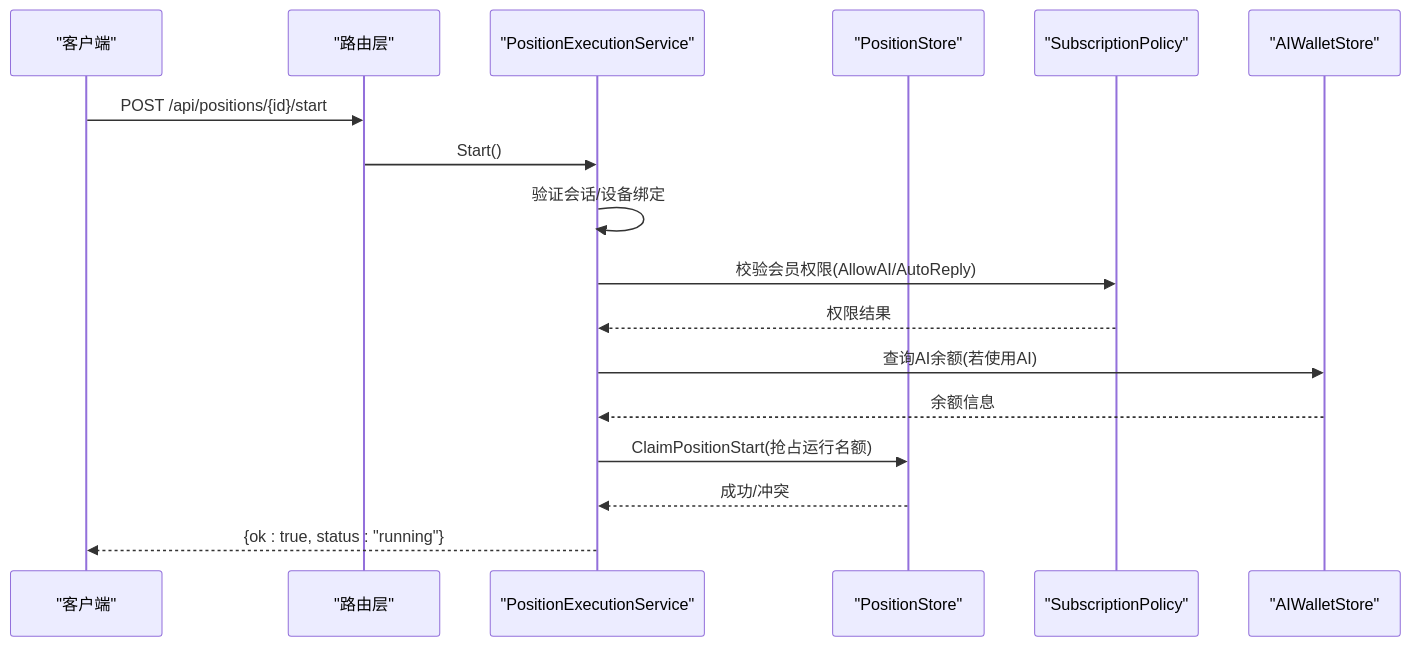
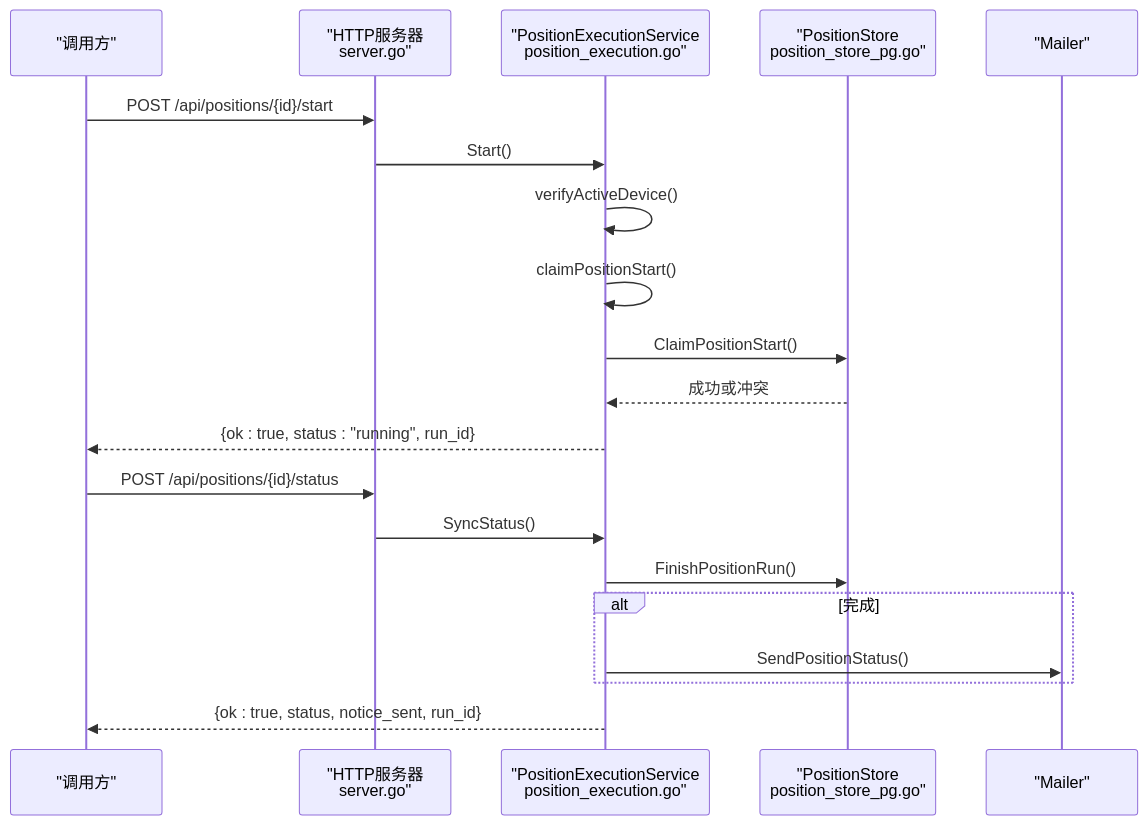
The third of 9 diagrams in .qoder/repowiki/zh/content/API接口文档/云端REST API/岗位管理API/岗位执行控制接口.md (alvinwangzi/goodhr), drawn with Mermaid before and after one commit. The commit also changed other lines of this file and 149 other files, not shown here.

````diff
--- a/.qoder/repowiki/zh/content/API接口文档/云端REST API/岗位管理API/岗位执行控制接口.md
+++ b/.qoder/repowiki/zh/content/API接口文档/云端REST API/岗位管理API/岗位执行控制接口.md
@@ -80,19 +115,22 @@
 ```mermaid
 sequenceDiagram
-participant C as "客户端"
-participant R as "路由层"
-participant S as "PositionExecutionService"
-participant P as "PositionStore"
-participant U as "SubscriptionPolicy"
-participant W as "AIWalletStore"
-C->>R : POST /api/positions/{id}/start
-R->>S : Start()
-S->>S : 验证会话/设备绑定
-S->>U : 校验会员权限(AllowAI/AutoReply)
-U-->>S : 权限结果
-S->>W : 查询AI余额(若使用AI)
-W-->>S : 余额信息
-S->>P : ClaimPositionStart(抢占运行名额)
-P-->>S : 成功/冲突
-S-->>C : {ok : true, status : "running"}
+participant Client as "调用方"
+participant Server as "HTTP服务器<br/>server.go"
+participant Exec as "PositionExecutionService<br/>position_execution.go"
+participant Store as "PositionStore<br/>position_store_pg.go"
+participant Mail as "Mailer"
+Client->>Server : POST /api/positions/{id}/start
+Server->>Exec : Start()
+Exec->>Exec : verifyActiveDevice()
+Exec->>Exec : claimPositionStart()
+Exec->>Store : ClaimPositionStart()
+Store-->>Exec : 成功或冲突
+Exec-->>Client : {ok : true, status : "running", run_id}
+Client->>Server : POST /api/positions/{id}/status
+Server->>Exec : SyncStatus()
+Exec->>Store : FinishPositionRun()
+alt 完成
+Exec->>Mail : SendPositionStatus()
+end
+Exec-->>Client : {ok : true, status, notice_sent, run_id}
 ```
````
